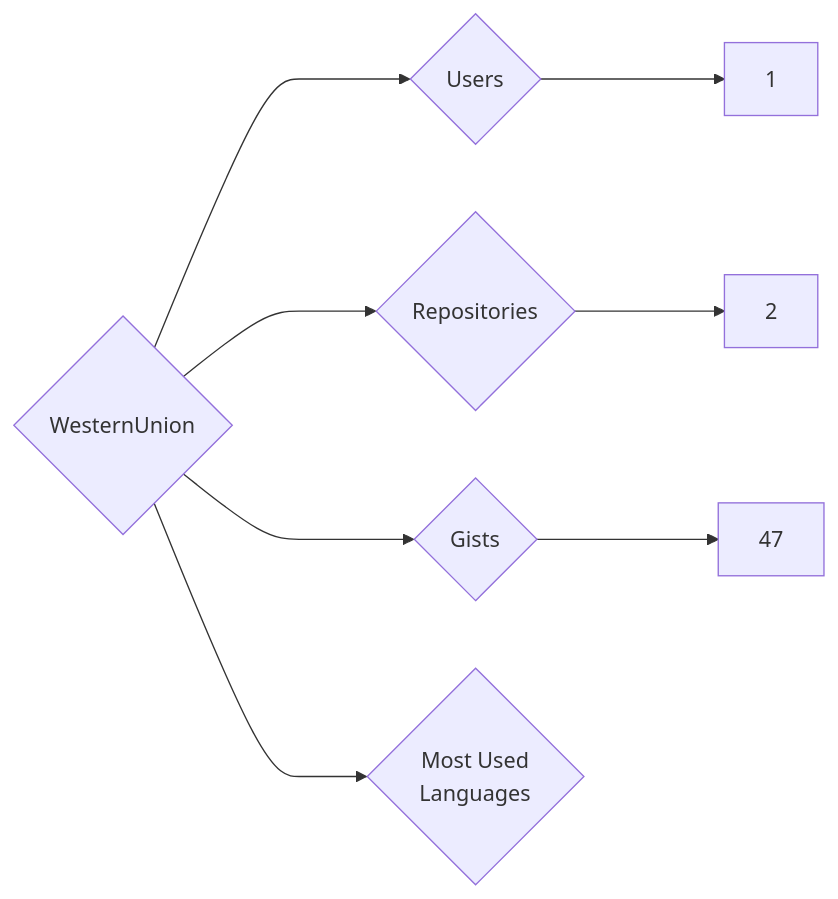
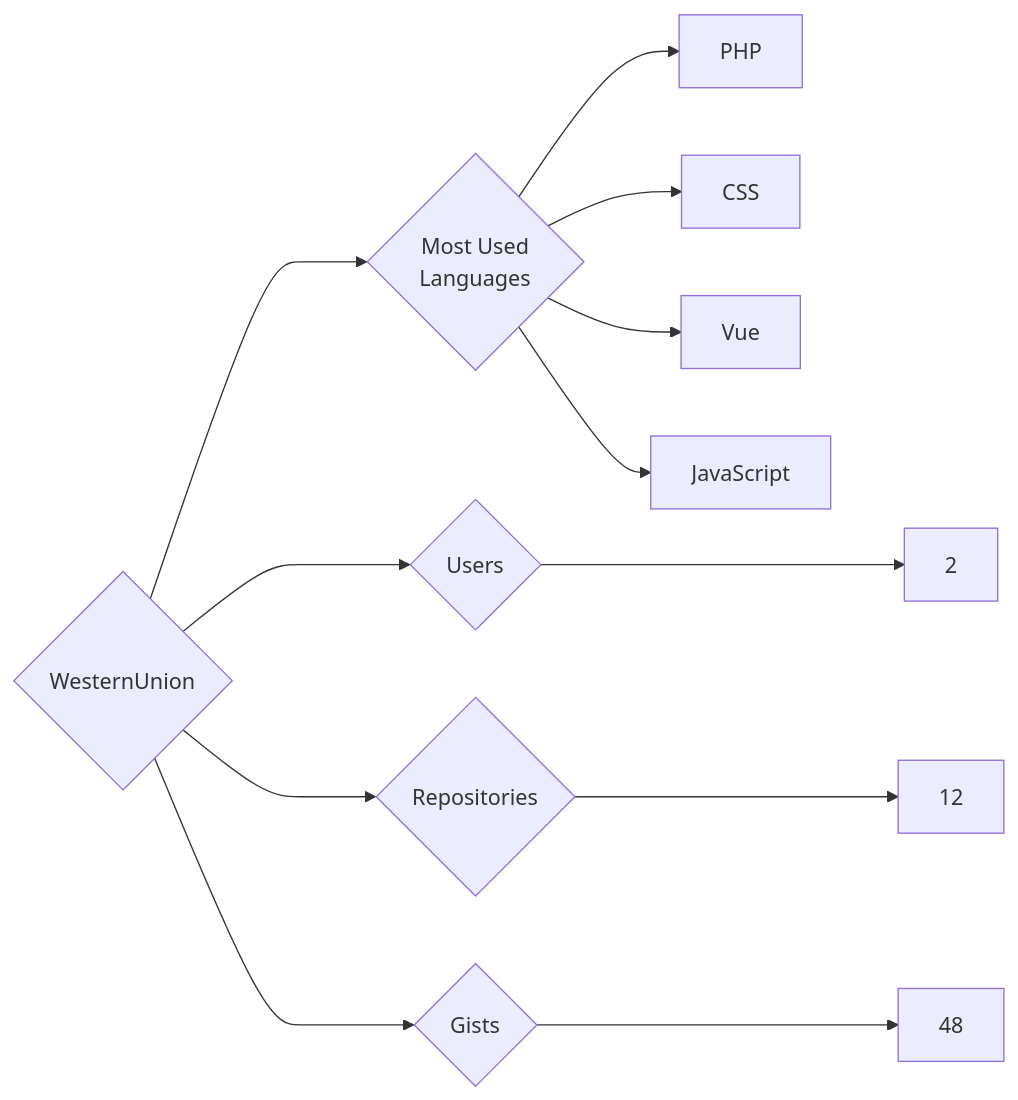
One commit to trickest/insiders changed the diagram in targets/WesternUnion/README.md. Above: the diagram before and after it, drawn with Mermaid. The commit also changed 835 other files, not shown here.

````diff
--- a/targets/WesternUnion/README.md
+++ b/targets/WesternUnion/README.md
@@ -3,8 +3,12 @@
 ```mermaid
 graph LR
 COMPANY_NAME{WesternUnion}
-COMPANY_NAME ---> U{Users} ---> UN[1]
-COMPANY_NAME ---> R{Repositories} ---> RN[2]
-COMPANY_NAME ---> G{Gists} ---> GN[47]
+COMPANY_NAME ---> U{Users} ---> UN[2]
+COMPANY_NAME ---> R{Repositories} ---> RN[12]
+COMPANY_NAME ---> G{Gists} ---> GN[48]
 COMPANY_NAME ---> ML{Most Used<br>Languages}
+ML --> PHP[PHP]
+ML --> CSS[CSS]
+ML --> Vue[Vue]
+ML --> JavaScript[JavaScript]
 ```
````
